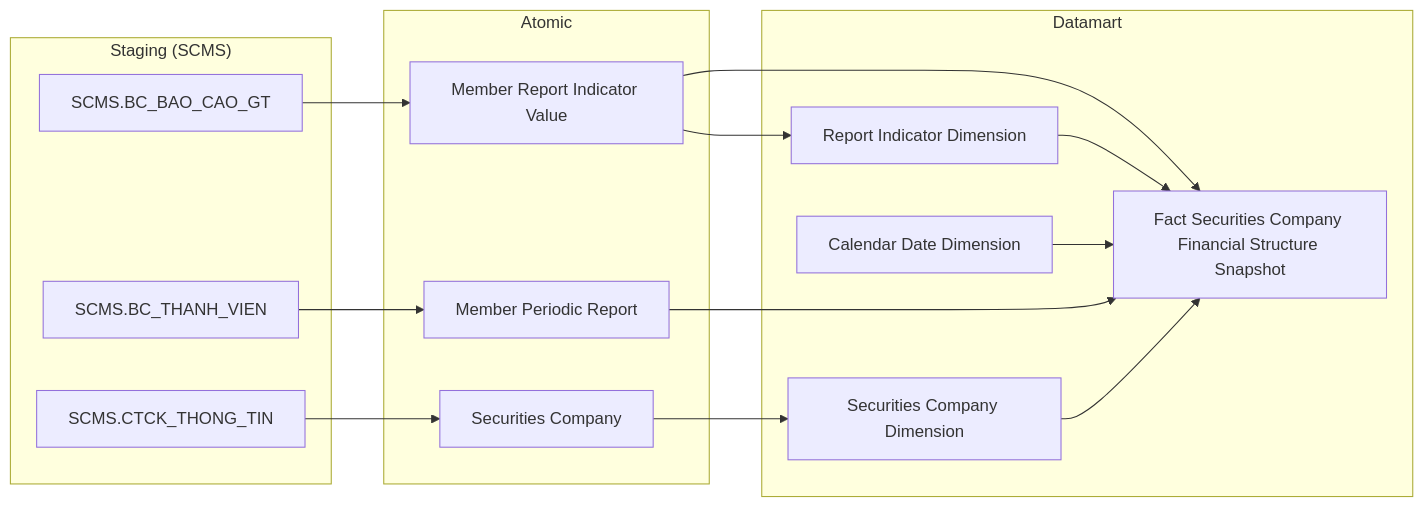
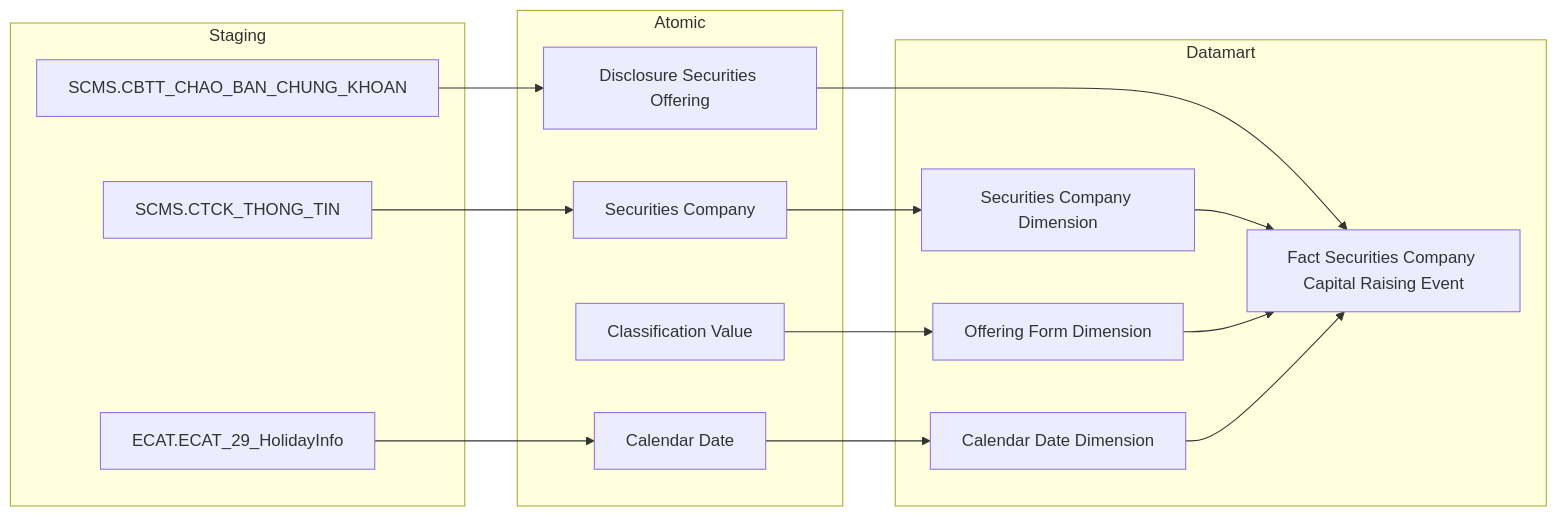
One commit to linhlvit/ubck_atomic_design changed the sixth of 40 diagrams in Datamart/hld/DTM_QLKD_HLD.md. Above: the diagram before and after it, drawn with Mermaid. The commit also changed other lines of this file and 7 other files, not shown here.

````diff
--- a/Datamart/hld/DTM_QLKD_HLD.md
+++ b/Datamart/hld/DTM_QLKD_HLD.md
@@ -193,34 +228,35 @@
 ```mermaid
 flowchart LR
-    subgraph SRC["Staging (SCMS)"]
-        S1["SCMS.BC_BAO_CAO_GT"]
-        S2["SCMS.BC_THANH_VIEN"]
-        S3["SCMS.CTCK_THONG_TIN"]
+    subgraph SRC["Staging"]
+        S1["SCMS.CBTT_CHAO_BAN_CHUNG_KHOAN"]
+        S2["SCMS.CTCK_THONG_TIN"]
+        ECAT_ECAT_29_HolidayInfo["ECAT.ECAT_29_HolidayInfo"]
     end
 
     subgraph SIL["Atomic"]
-        SV1["Member Report Indicator Value"]
-        SV2["Member Periodic Report"]
-        SV3["Securities Company"]
+        SV1["Disclosure Securities Offering"]
+        SV2["Securities Company"]
+        Calendar_Date["Calendar Date"]
+        Classification_Value["Classification Value"]
     end
 
     subgraph Datamart["Datamart"]
-        G1["Fact Securities Company Financial Structure Snapshot"]
+        G1["Fact Securities Company Capital Raising Event"]
         G2["Securities Company Dimension"]
-        G3["Report Indicator Dimension"]
+        G3["Offering Form Dimension"]
         G4["Calendar Date Dimension"]
     end
 
     S1 --> SV1
     S2 --> SV2
-    S3 --> SV3
+    ECAT_ECAT_29_HolidayInfo --> Calendar_Date
 
     SV1 --> G1
-    SV2 --> G1
-    SV1 --> G3
-    SV3 --> G2
+    SV2 --> G2
+    Calendar_Date --> G4
+    Classification_Value --> G3
 
     G2 --> G1
     G3 --> G1
     G4 --> G1
 ```
````
